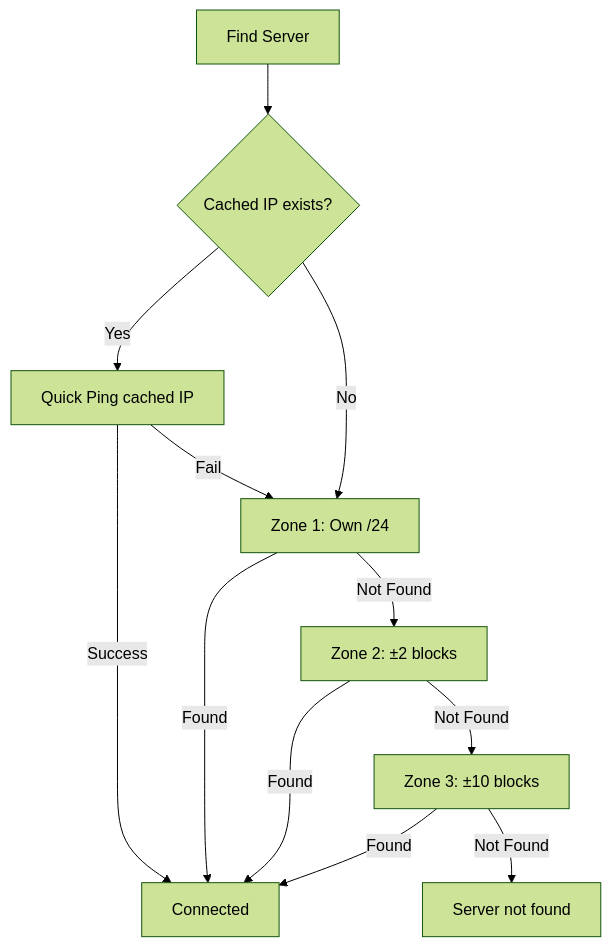
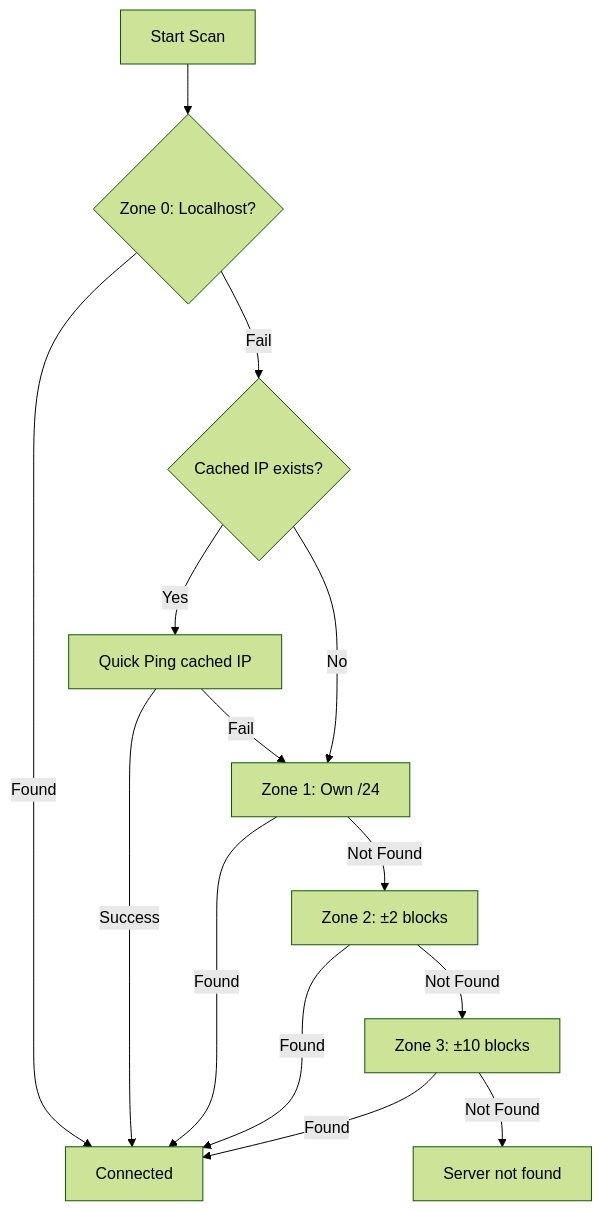
One commit to Kush-Singh-26/k-share changed the second of 2 diagrams in README.md. Above: the diagram before and after it, drawn with Mermaid (forest theme). The commit also changed other lines of this file and 49 other files, not shown here.

````diff
--- a/README.md
+++ b/README.md
@@ -51,14 +140,16 @@
 ```mermaid
 flowchart TD
-    A[Find Server] --> B{Cached IP exists?}
+    A[Start Scan] --> Z0{Zone 0: Localhost?}
+    Z0 -->|Found| Z[Connected]
+    Z0 -->|Fail| B{Cached IP exists?}
     B -->|Yes| C[Quick Ping cached IP]
-    C -->|Success| Z[Connected]
+    C -->|Success| Z
     C -->|Fail| D[Zone 1: Own /24]
     B -->|No| D
     D -->|Found| Z
     D -->|Not Found| E[Zone 2: ±2 blocks]
     E -->|Found| Z
     E -->|Not Found| F[Zone 3: ±10 blocks]
     F -->|Found| Z
     F -->|Not Found| G[Server not found]
 ```
````
